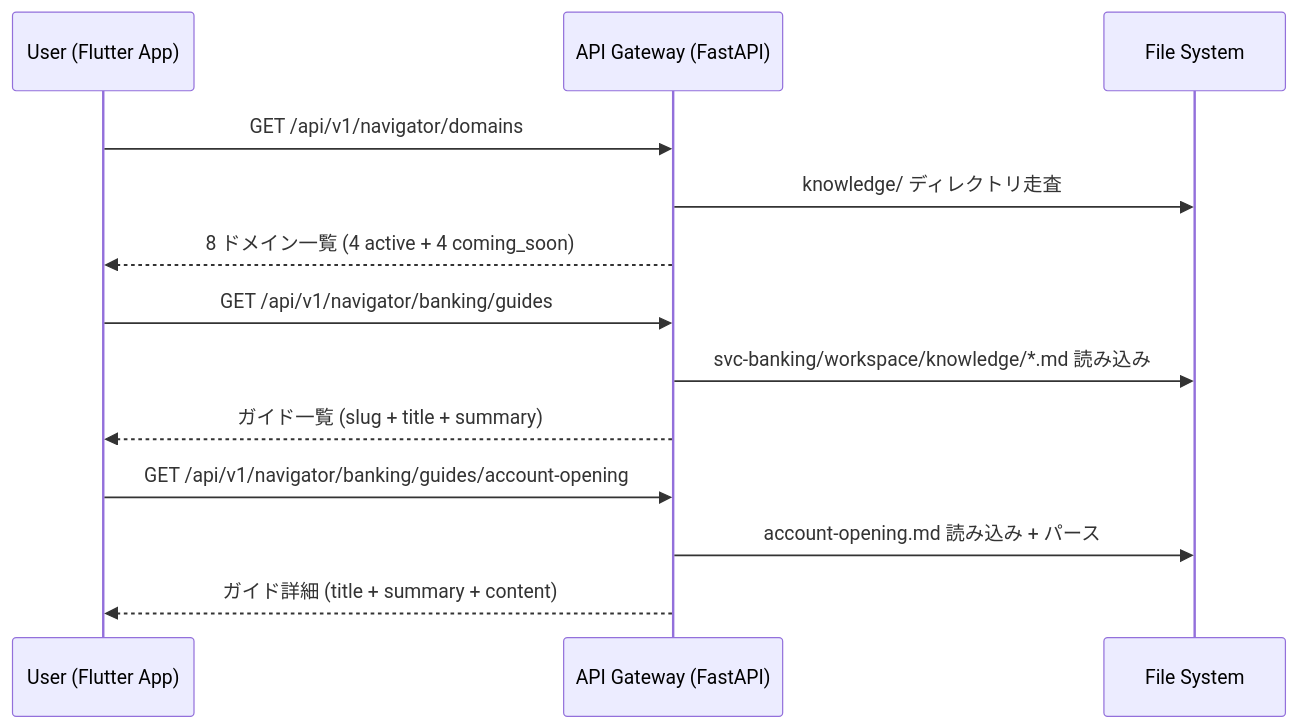
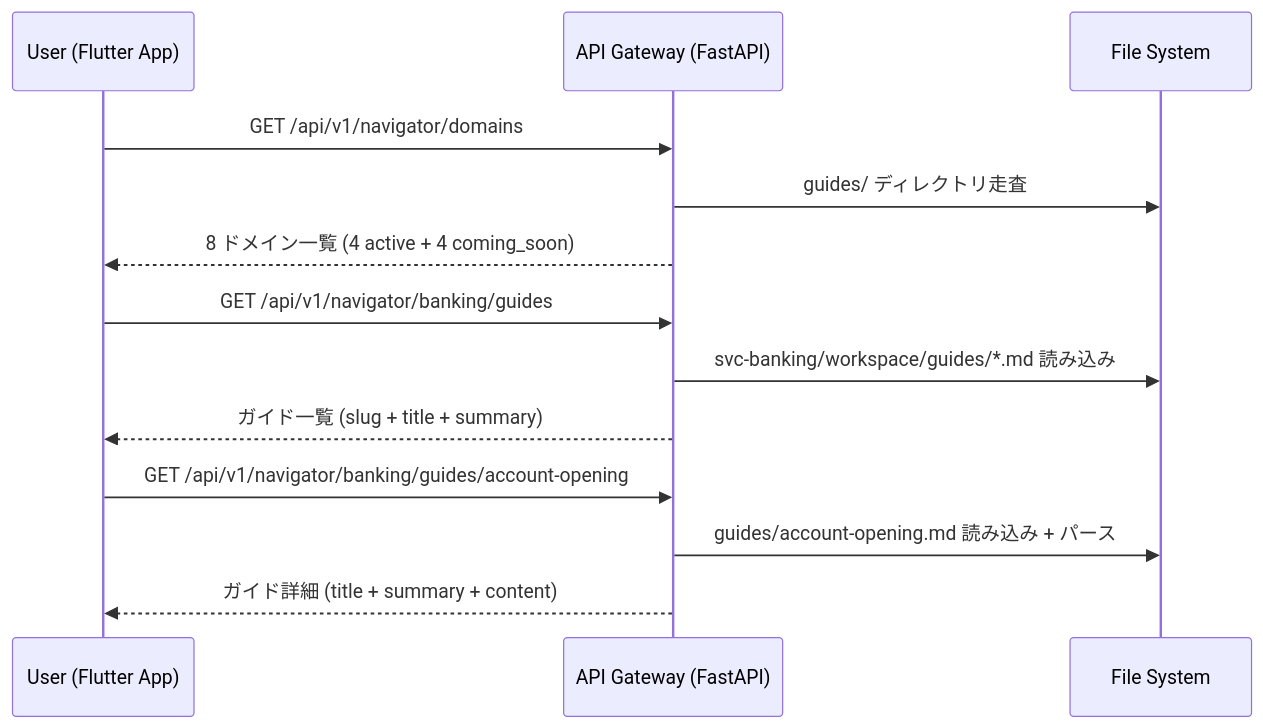
The third of 5 diagrams in architecture/SYSTEM_DESIGN.md (cjttca-cd/gaijin-life-navi), drawn with Mermaid before and after one commit. The commit also changed other lines of this file and 10 other files, not shown here.

First line of the commit message:
refactor: separate knowledge/ and guides/ directories (GUIDE_ACCESS_DESIGN v2)

````diff
--- a/architecture/SYSTEM_DESIGN.md
+++ b/architecture/SYSTEM_DESIGN.md
@@ -268,18 +275,18 @@
 ```mermaid
 sequenceDiagram
     participant U as User (Flutter App)
     participant GW as API Gateway (FastAPI)
     participant FS as File System
 
     U->>GW: GET /api/v1/navigator/domains
-    GW->>FS: knowledge/ ディレクトリ走査
+    GW->>FS: guides/ ディレクトリ走査
     GW-->>U: 8 ドメイン一覧 (4 active + 4 coming_soon)
 
     U->>GW: GET /api/v1/navigator/banking/guides
-    GW->>FS: svc-banking/workspace/knowledge/*.md 読み込み
+    GW->>FS: svc-banking/workspace/guides/*.md 読み込み
     GW-->>U: ガイド一覧 (slug + title + summary)
 
     U->>GW: GET /api/v1/navigator/banking/guides/account-opening
-    GW->>FS: account-opening.md 読み込み + パース
+    GW->>FS: guides/account-opening.md 読み込み + パース
     GW-->>U: ガイド詳細 (title + summary + content)
 ```
````
